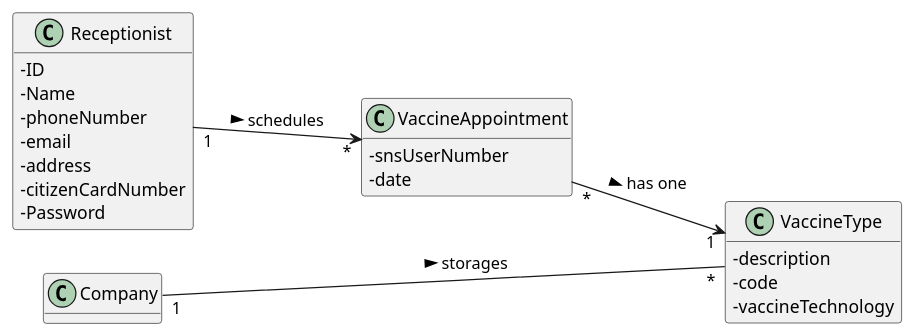
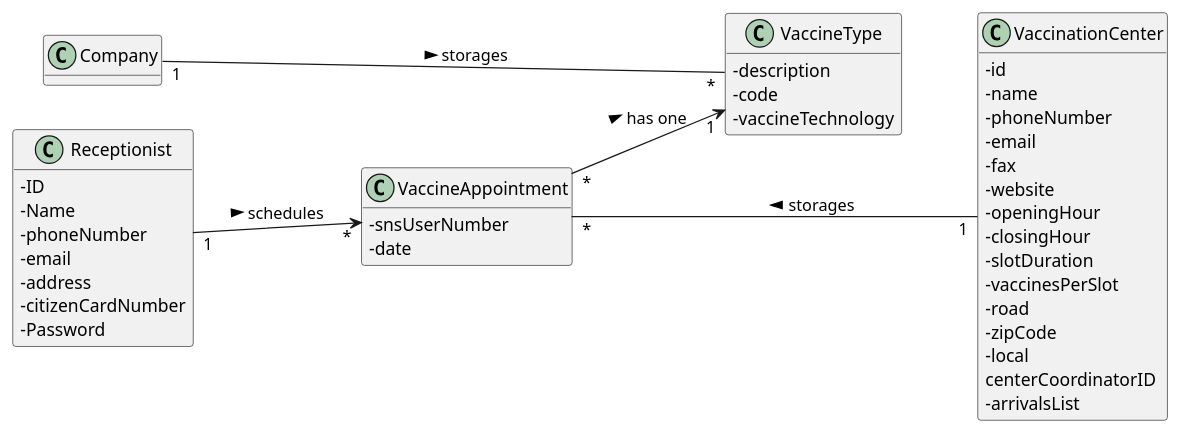
Before and after one commit to Pirussa/lei-22-s2-1da-g02: the diagram in docs/SprintC/US002/US002_DM.puml, drawn with PlantUML.

Commit message:
US002 - Design - Vaccination Center concept class was added to the DM

```diff
--- a/docs/SprintC/US002/US002_DM.puml
+++ b/docs/SprintC/US002/US002_DM.puml
@@ -1,37 +1,56 @@
   @startuml
 
 hide methods
 left to right direction
 skinparam classAttributeIconSize 0
 
 
 class Receptionist {
 -ID
 -Name
 -phoneNumber
 -email
 -address
 -citizenCardNumber
 -Password
 }
 
 class VaccineType{
 -description
 -code
 -vaccineTechnology
 }
 
 
 class VaccineAppointment {
 -snsUserNumber
 -date
 }
 
+class VaccinationCenter {
+-id
+-name
+-phoneNumber
+-email
+-fax
+-website
+-openingHour
+-closingHour
+-slotDuration
+-vaccinesPerSlot
+-road
+-zipCode
+-local
+centerCoordinatorID
+-arrivalsList
+}
+
 Receptionist "1" --> "*" VaccineAppointment: schedules >
 
 VaccineAppointment "*" --> "1" VaccineType: has one  >
 
 Company "1" --- "*" VaccineType : storages >
 
+VaccinationCenter "1" --UP- "*" VaccineAppointment : storages >
 
 @enduml
```
